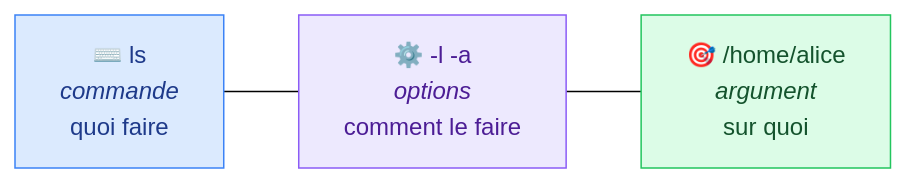
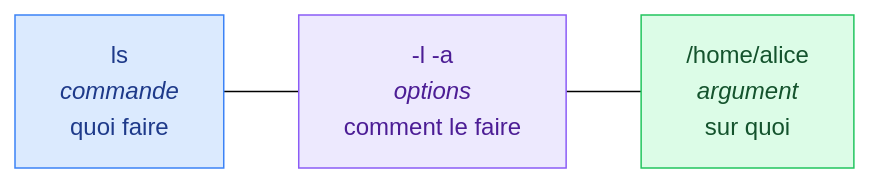
One commit to GoobyWoobies/HEIA-IT changed the first of 3 diagrams in methodologie-securite-it/linux/03-navigation-fichiers.md. Above: the diagram before and after it, drawn with Mermaid (forest theme). The commit also changed other lines of this file and 24 other files, not shown here.

````diff
--- a/methodologie-securite-it/linux/03-navigation-fichiers.md
+++ b/methodologie-securite-it/linux/03-navigation-fichiers.md
@@ -30,8 +30,8 @@
 ```mermaid
 flowchart LR
-    C["⌨️ ls<br/><i>commande</i><br/>quoi faire"] --- O["⚙️ -l -a<br/><i>options</i><br/>comment le faire"] --- A["🎯 /home/alice<br/><i>argument</i><br/>sur quoi"]
+    C["ls<br/><i>commande</i><br/>quoi faire"] --- O["-l -a<br/><i>options</i><br/>comment le faire"] --- A["/home/alice<br/><i>argument</i><br/>sur quoi"]
 
     style C fill:#dbeafe,stroke:#3b82f6,color:#1e3a8a
     style O fill:#ede9fe,stroke:#8b5cf6,color:#4c1d95
     style A fill:#dcfce7,stroke:#22c55e,color:#14532d
 ```
````
